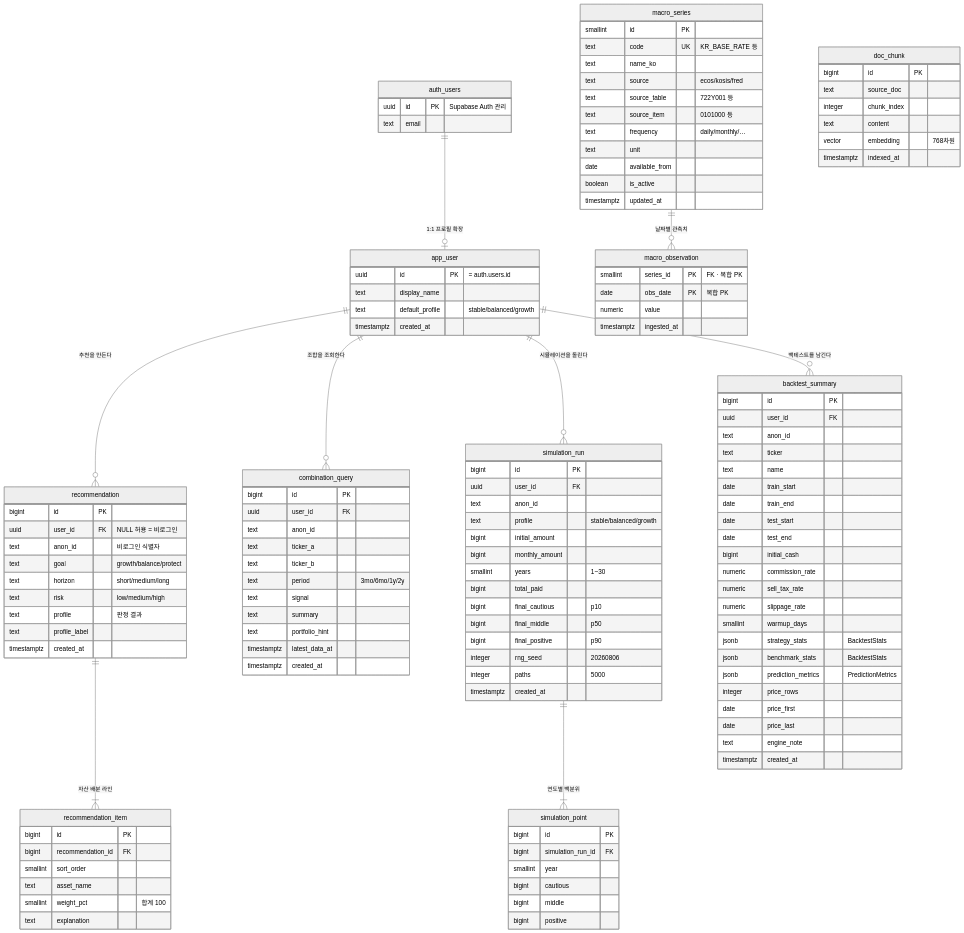
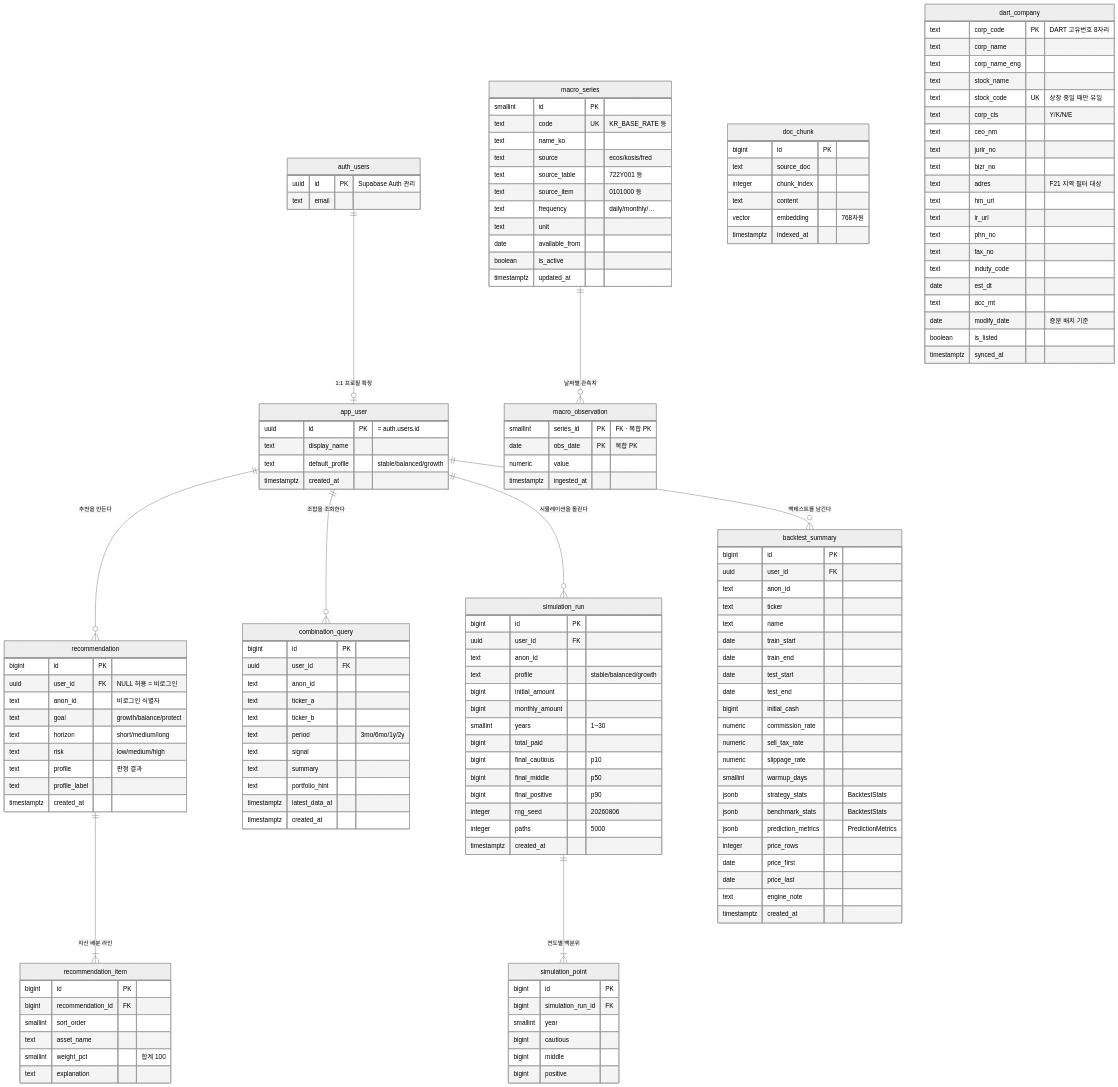
Before and after one commit to EST-Bootcamp-Dongwon/investment-dashboard: the diagram in docs/spec/30-데이터/ERD.md, drawn with Mermaid (neutral theme). The commit also changed other lines of this file and 7 other files, not shown here.

First line of the commit message:
docs: CN-083 결정 — dart_company 테이블 확정 (CN-084 · D-12)

````diff
--- a/docs/spec/30-데이터/ERD.md
+++ b/docs/spec/30-데이터/ERD.md
@@ -193,4 +193,27 @@
         numeric value
         timestamptz ingested_at
     }
+
+    dart_company {
+        text corp_code PK "DART 고유번호 8자리"
+        text corp_name
+        text corp_name_eng
+        text stock_name
+        text stock_code UK "상장 중일 때만 유일"
+        text corp_cls "Y/K/N/E"
+        text ceo_nm
+        text jurir_no
+        text bizr_no
+        text adres "F21 지역 필터 대상"
+        text hm_url
+        text ir_url
+        text phn_no
+        text fax_no
+        text induty_code
+        date est_dt
+        text acc_mt
+        date modify_date "증분 배치 기준"
+        boolean is_listed
+        timestamptz synced_at
+    }
 ```
````
